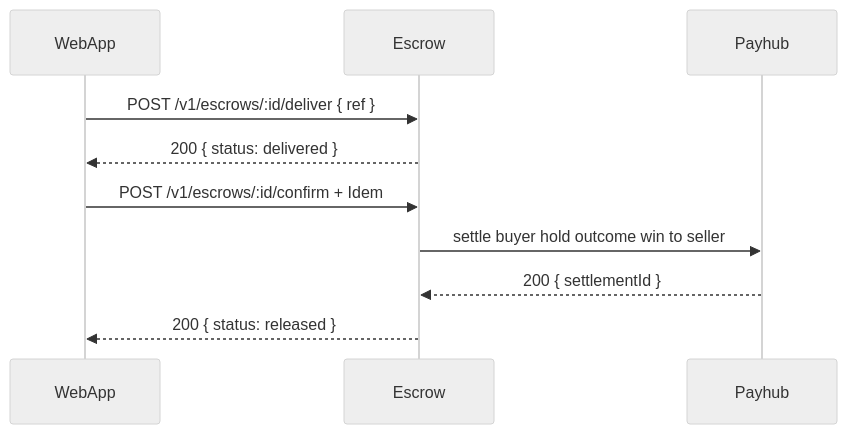
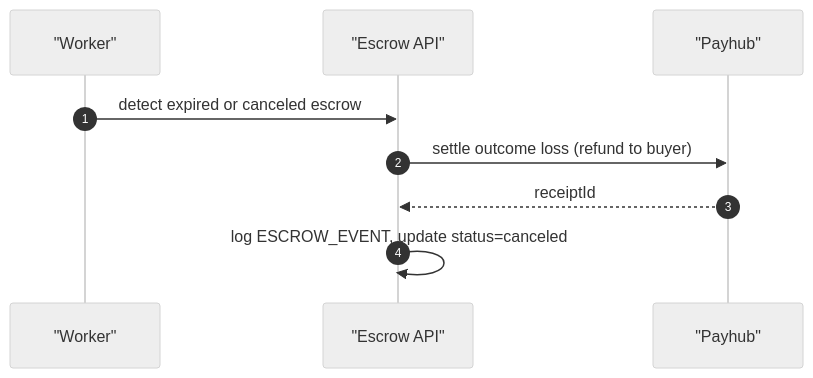
One commit to fuzeac/fuze-telegram-mini-app changed the third of 4 diagrams in miniapp-escrow-service.md. Above: the diagram before and after it, drawn with Mermaid (neutral theme). The commit also changed other lines of this file, not shown here.

````diff
--- a/miniapp-escrow-service.md
+++ b/miniapp-escrow-service.md
@@ -122,12 +130,11 @@
 ```mermaid
 sequenceDiagram
-participant UI as WebApp
-participant ESC as Escrow
-participant PAY as Payhub
-UI->>ESC: POST /v1/escrows/:id/deliver { ref }
-ESC-->>UI: 200 { status: delivered }
-UI->>ESC: POST /v1/escrows/:id/confirm + Idem
-ESC->>PAY: settle buyer hold outcome win to seller
-PAY-->>ESC: 200 { settlementId }
-ESC-->>UI: 200 { status: released }
+  autonumber
+  participant WR as "Worker"
+  participant ES as "Escrow API"
+  participant PAY as "Payhub"
+  WR->>ES: detect expired or canceled escrow
+  ES->>PAY: settle outcome loss (refund to buyer)
+  PAY-->>ES: receiptId
+  ES->>ES: log ESCROW_EVENT, update status=canceled
 ```
````
